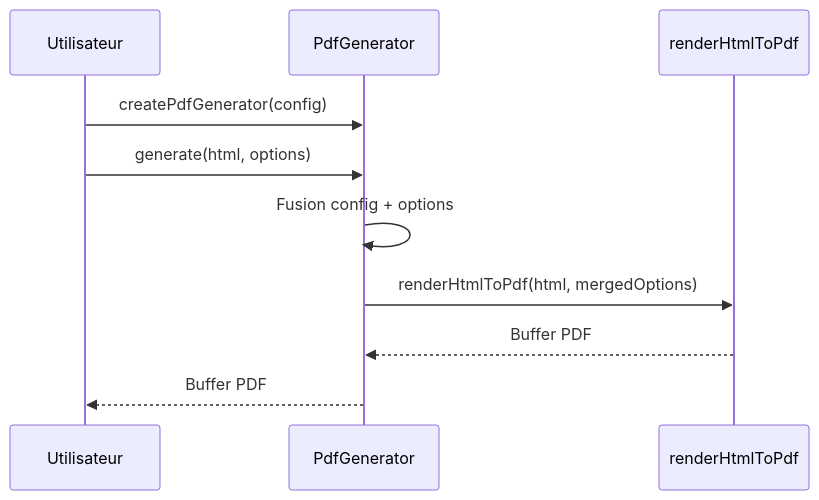
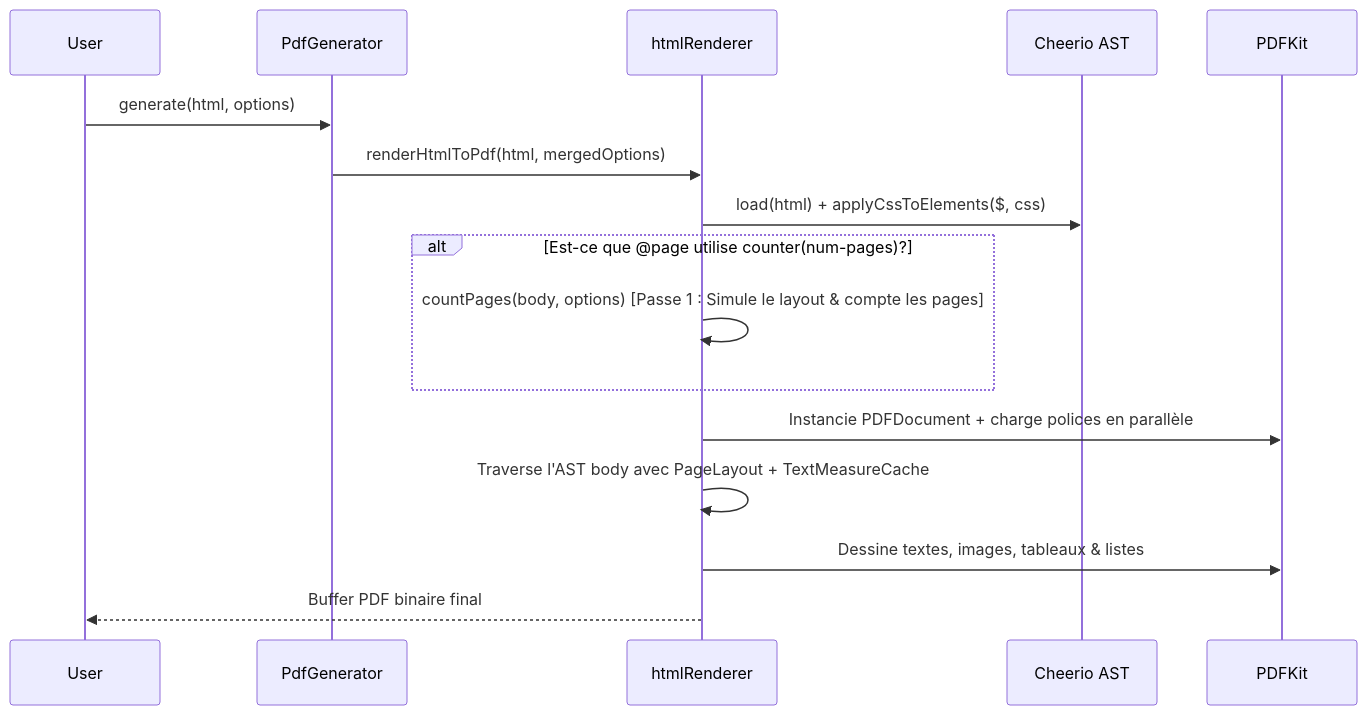
The second of 2 diagrams in docs/architecture.md (morvaivor/html-to-pdf-lite-module), drawn with Mermaid before and after one commit. The commit also changed other lines of this file and 9 other files, not shown here.

First line of the commit message:
Add comprehensive tests for CSS parser, HTML renderer, and PDF generator

````diff
--- a/docs/architecture.md
+++ b/docs/architecture.md
@@ -96,13 +52,19 @@
 ```mermaid
 sequenceDiagram
-    participant User as Utilisateur
-    participant PG as PdfGenerator
-    participant HR as renderHtmlToPdf
+    participant User
+    participant PdfGen as PdfGenerator
+    participant Renderer as htmlRenderer
+    participant Cheerio as Cheerio AST
+    participant PDFKit as PDFKit
 
-    User->>PG: createPdfGenerator(config)
-    User->>PG: generate(html, options)
-    PG->>PG: Fusion config + options
-    PG->>HR: renderHtmlToPdf(html, mergedOptions)
-    HR-->>PG: Buffer PDF
-    PG-->>User: Buffer PDF
+    User->>PdfGen: generate(html, options)
+    PdfGen->>Renderer: renderHtmlToPdf(html, mergedOptions)
+    Renderer->>Cheerio: load(html) + applyCssToElements($, css)
+    alt Est-ce que @page utilise counter(num-pages)?
+        Renderer->>Renderer: countPages(body, options) [Passe 1 : Simule le layout & compte les pages]
+    end
+    Renderer->>PDFKit: Instancie PDFDocument + charge polices en parallèle
+    Renderer->>Renderer: Traverse l'AST body avec PageLayout + TextMeasureCache
+    Renderer->>PDFKit: Dessine textes, images, tableaux & listes
+    Renderer-->>User: Buffer PDF binaire final
 ```
````
